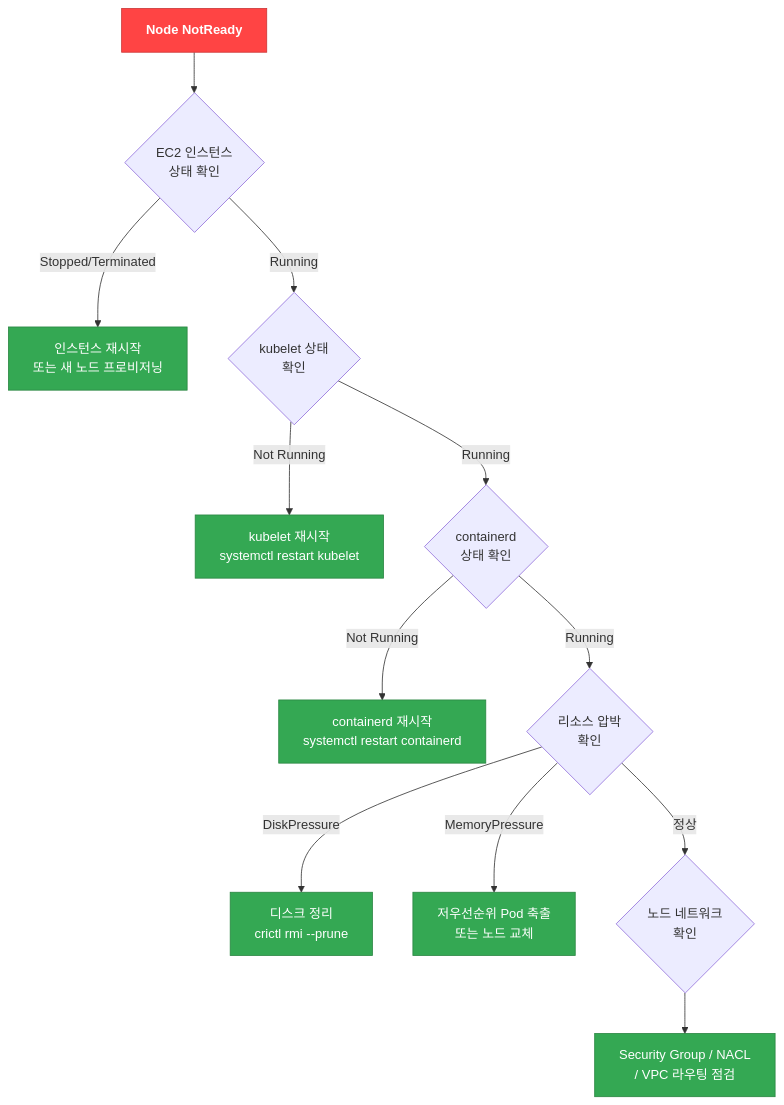
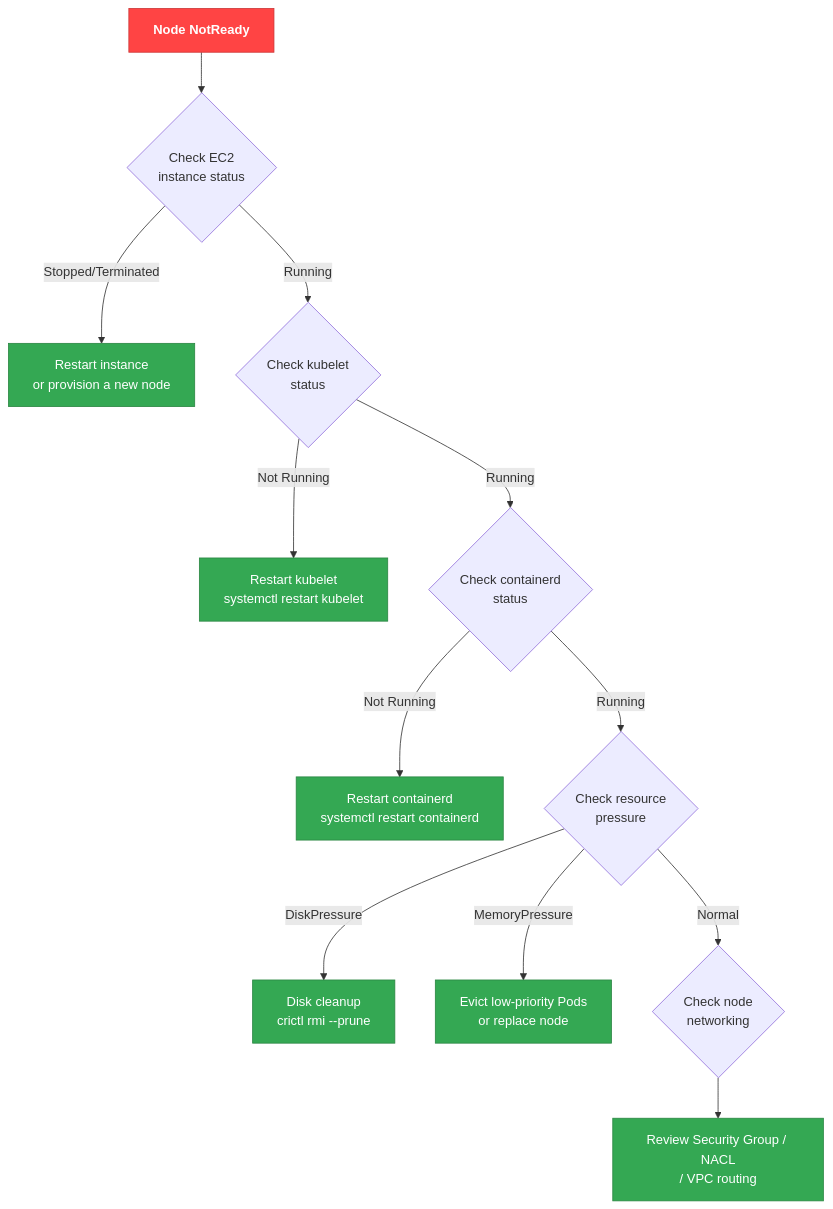
Before and after one commit to devfloor9/engineering-playbook: the first of 2 diagrams in docs/eks-best-practices/operations-reliability/eks-debugging/node.md, drawn with Mermaid. The commit also changed other lines of this file and 954 other files, not shown here.

````diff
--- a/docs/eks-best-practices/operations-reliability/eks-debugging/node.md
+++ b/docs/eks-best-practices/operations-reliability/eks-debugging/node.md
@@ -59,43 +59,43 @@
 ```mermaid
 flowchart TD
-    NR["`**Node NotReady**`"] --> CHECK_INST{"`EC2 인스턴스
-    상태 확인`"}
+    NR["`**Node NotReady**`"] --> CHECK_INST{"`Check EC2
+    instance status`"}
 
-    CHECK_INST -->|Stopped/Terminated| INST_ISSUE["`인스턴스 재시작
-    또는 새 노드 프로비저닝`"]
+    CHECK_INST -->|Stopped/Terminated| INST_ISSUE["`Restart instance
+    or provision a new node`"]
 
-    CHECK_INST -->|Running| CHECK_KUBELET{"`kubelet 상태
-    확인`"}
+    CHECK_INST -->|Running| CHECK_KUBELET{"`Check kubelet
+    status`"}
 
-    CHECK_KUBELET -->|Not Running| KUBELET_FIX["`kubelet 재시작
+    CHECK_KUBELET -->|Not Running| KUBELET_FIX["`Restart kubelet
     systemctl restart kubelet`"]
 
-    CHECK_KUBELET -->|Running| CHECK_CONTAINERD{"`containerd
-    상태 확인`"}
+    CHECK_KUBELET -->|Running| CHECK_CONTAINERD{"`Check containerd
+    status`"}
 
-    CHECK_CONTAINERD -->|Not Running| CONTAINERD_FIX["`containerd 재시작
+    CHECK_CONTAINERD -->|Not Running| CONTAINERD_FIX["`Restart containerd
     systemctl restart containerd`"]
 
-    CHECK_CONTAINERD -->|Running| CHECK_RESOURCE{"`리소스 압박
-    확인`"}
+    CHECK_CONTAINERD -->|Running| CHECK_RESOURCE{"`Check resource
+    pressure`"}
 
-    CHECK_RESOURCE -->|DiskPressure| DISK_FIX["`디스크 정리
+    CHECK_RESOURCE -->|DiskPressure| DISK_FIX["`Disk cleanup
     crictl rmi --prune`"]
 
-    CHECK_RESOURCE -->|MemoryPressure| MEM_FIX["`저우선순위 Pod 축출
-    또는 노드 교체`"]
+    CHECK_RESOURCE -->|MemoryPressure| MEM_FIX["`Evict low-priority Pods
+    or replace node`"]
 
-    CHECK_RESOURCE -->|정상| CHECK_NET{"`노드 네트워크
-    확인`"}
+    CHECK_RESOURCE -->|Normal| CHECK_NET{"`Check node
+    networking`"}
 
-    CHECK_NET --> NET_FIX["`Security Group / NACL
-    / VPC 라우팅 점검`"]
+    CHECK_NET --> NET_FIX["`Review Security Group / NACL
+    / VPC routing`"]
 
     style NR fill:#ff4444,stroke:#cc3636,color:#fff
     style INST_ISSUE fill:#34a853,stroke:#2a8642,color:#fff
     style KUBELET_FIX fill:#34a853,stroke:#2a8642,color:#fff
     style CONTAINERD_FIX fill:#34a853,stroke:#2a8642,color:#fff
     style DISK_FIX fill:#34a853,stroke:#2a8642,color:#fff
     style MEM_FIX fill:#34a853,stroke:#2a8642,color:#fff
     style NET_FIX fill:#34a853,stroke:#2a8642,color:#fff
 ```
````
